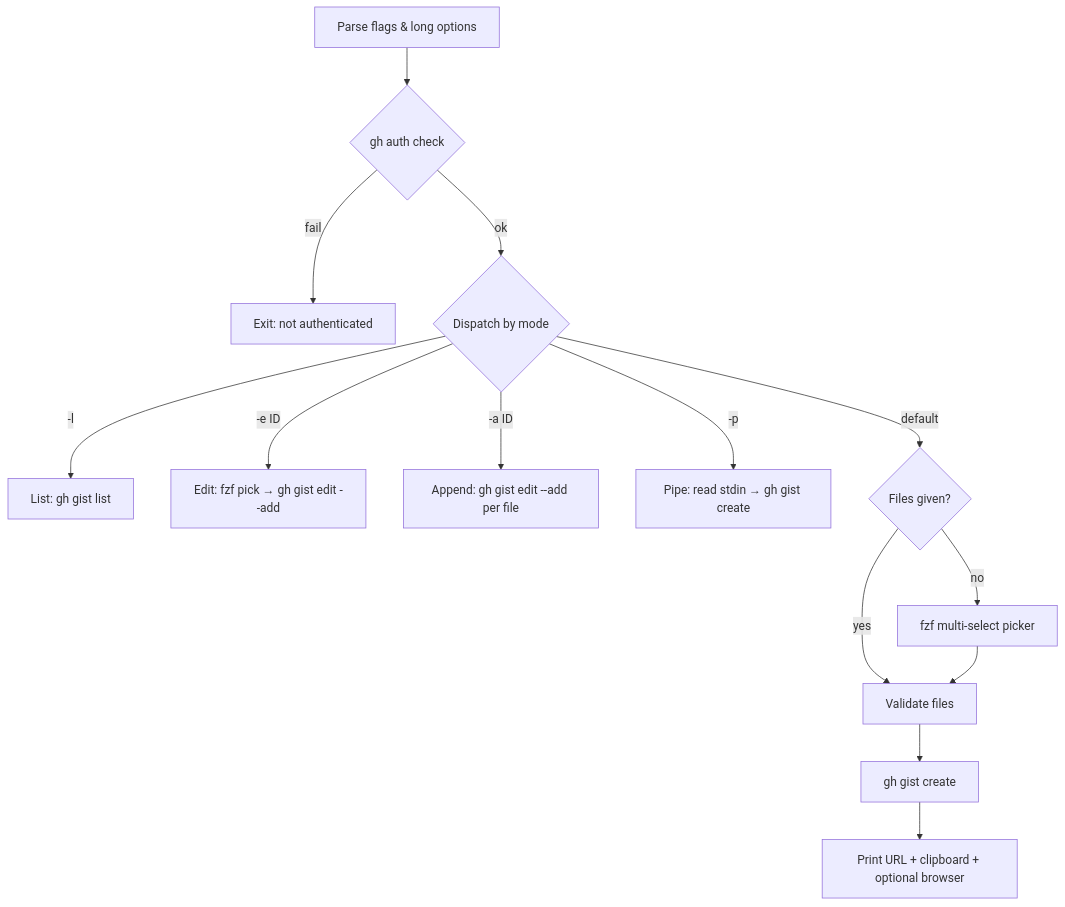
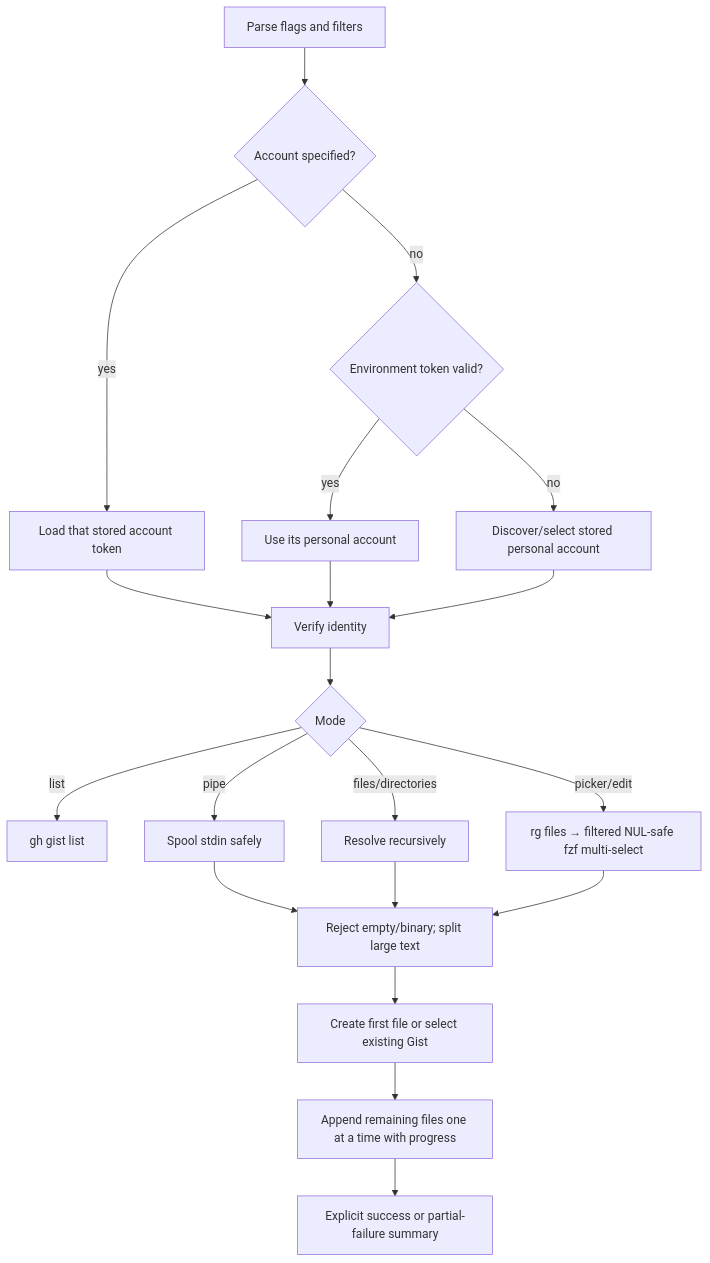
The diagram in utilities/shell/quick-gist/docs/PROJ-ARCH.md (the-robot-lives/claude-assist), drawn with Mermaid before and after one commit. The commit also changed other lines of this file and 320 other files, not shown here.

````diff
--- a/utilities/shell/quick-gist/docs/PROJ-ARCH.md
+++ b/utilities/shell/quick-gist/docs/PROJ-ARCH.md
@@ -19,16 +21,22 @@
 ```mermaid
 flowchart TD
-    A[Parse flags & long options] --> B{gh auth check}
-    B -- fail --> X[Exit: not authenticated]
-    B -- ok --> C{Dispatch by mode}
-    C -- "-l" --> D[List: gh gist list]
-    C -- "-e ID" --> E[Edit: fzf pick → gh gist edit --add]
-    C -- "-a ID" --> F[Append: gh gist edit --add per file]
-    C -- "-p" --> G[Pipe: read stdin → gh gist create]
-    C -- default --> H{Files given?}
-    H -- yes --> I[Validate files]
-    H -- no --> J[fzf multi-select picker]
-    J --> I
-    I --> K[gh gist create]
-    K --> L[Print URL + clipboard + optional browser]
+    A[Parse flags and filters] --> B{Account specified?}
+    B -- yes --> C[Load that stored account token]
+    B -- no --> D{Environment token valid?}
+    D -- yes --> E[Use its personal account]
+    D -- no --> F[Discover/select stored personal account]
+    C --> G[Verify identity]
+    E --> G
+    F --> G
+    G --> H{Mode}
+    H -- list --> I[gh gist list]
+    H -- pipe --> J[Spool stdin safely]
+    H -- files/directories --> K[Resolve recursively]
+    H -- picker/edit --> L[rg files → filtered NUL-safe fzf multi-select]
+    J --> M[Reject empty/binary; split large text]
+    K --> M
+    L --> M
+    M --> N[Create first file or select existing Gist]
+    N --> O[Append remaining files one at a time with progress]
+    O --> P[Explicit success or partial-failure summary]
 ```
````
